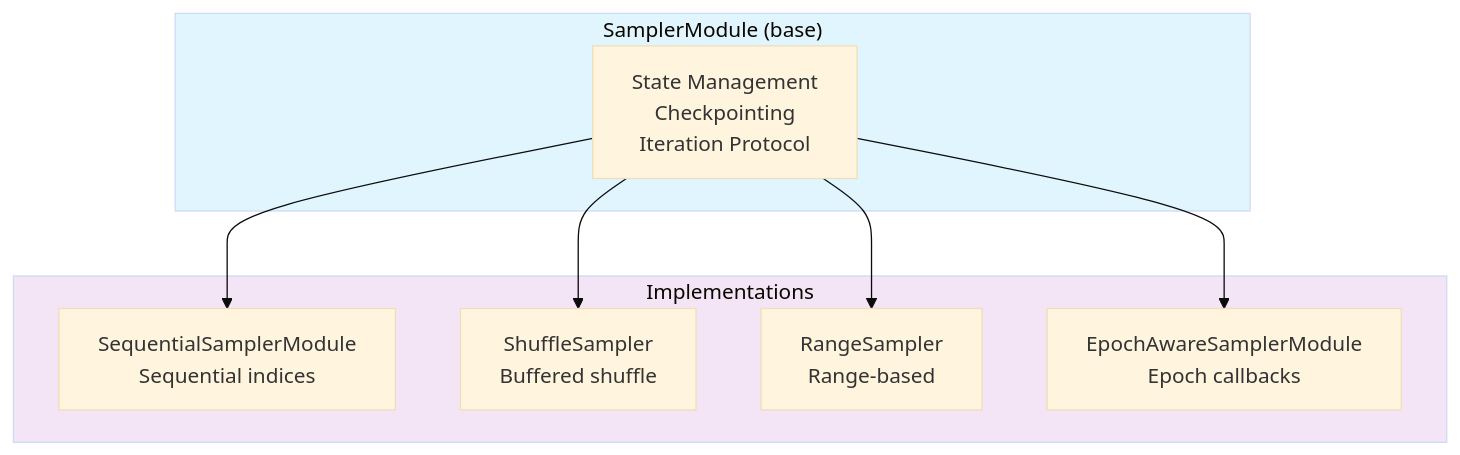
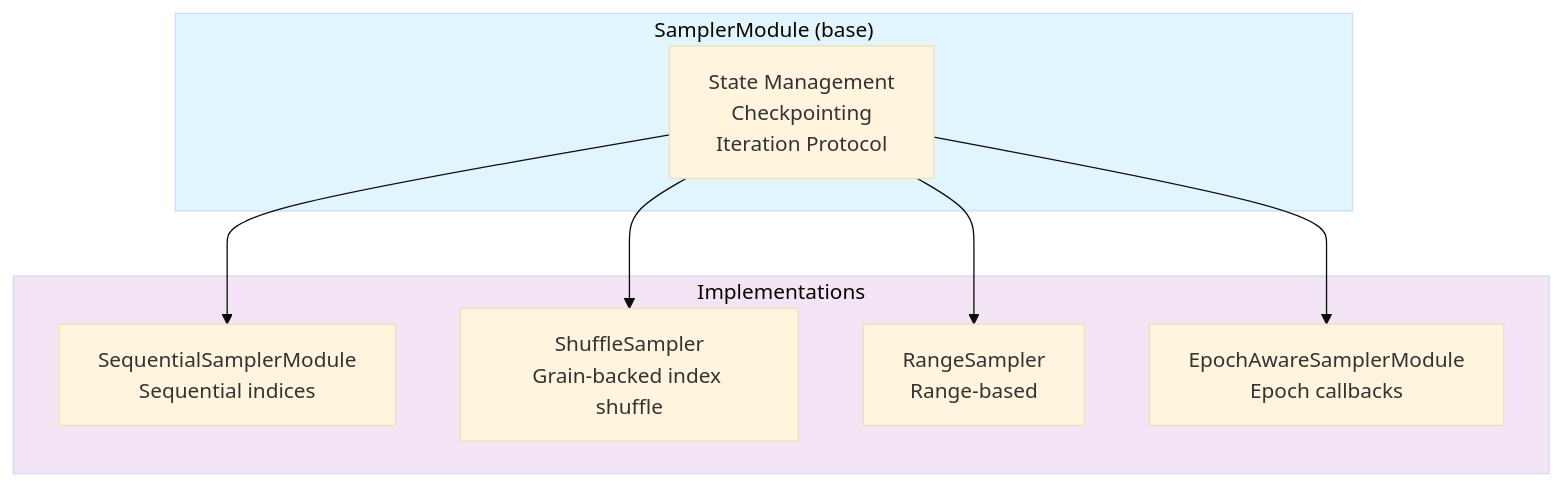
Before and after one commit to avitai/datarax: the diagram in docs/examples/advanced/sampling/sampling-tutorial.md, drawn with Mermaid (base theme). The commit also changed other lines of this file and 257 other files, not shown here.

````diff
--- a/docs/examples/advanced/sampling/sampling-tutorial.md
+++ b/docs/examples/advanced/sampling/sampling-tutorial.md
@@ -65,21 +65,21 @@
 ```mermaid
 graph TB
     subgraph Base["SamplerModule (base)"]
         SM[State Management<br/>Checkpointing<br/>Iteration Protocol]
     end
 
     subgraph Implementations["Implementations"]
         SEQ[SequentialSamplerModule<br/>Sequential indices]
-        SHUF[ShuffleSampler<br/>Buffered shuffle]
+        SHUF[ShuffleSampler<br/>Grain-backed index shuffle]
         RNG[RangeSampler<br/>Range-based]
         EPA[EpochAwareSamplerModule<br/>Epoch callbacks]
     end
 
     SM --> SEQ
     SM --> SHUF
     SM --> RNG
     SM --> EPA
 
     style Base fill:#e1f5fe
     style Implementations fill:#f3e5f5
 ```
````
